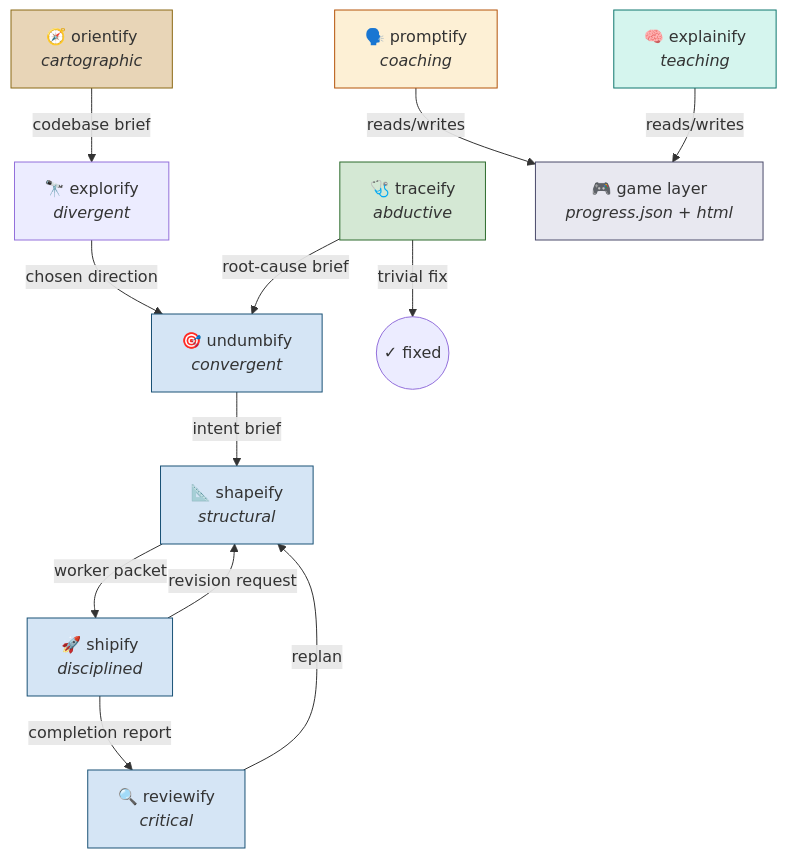
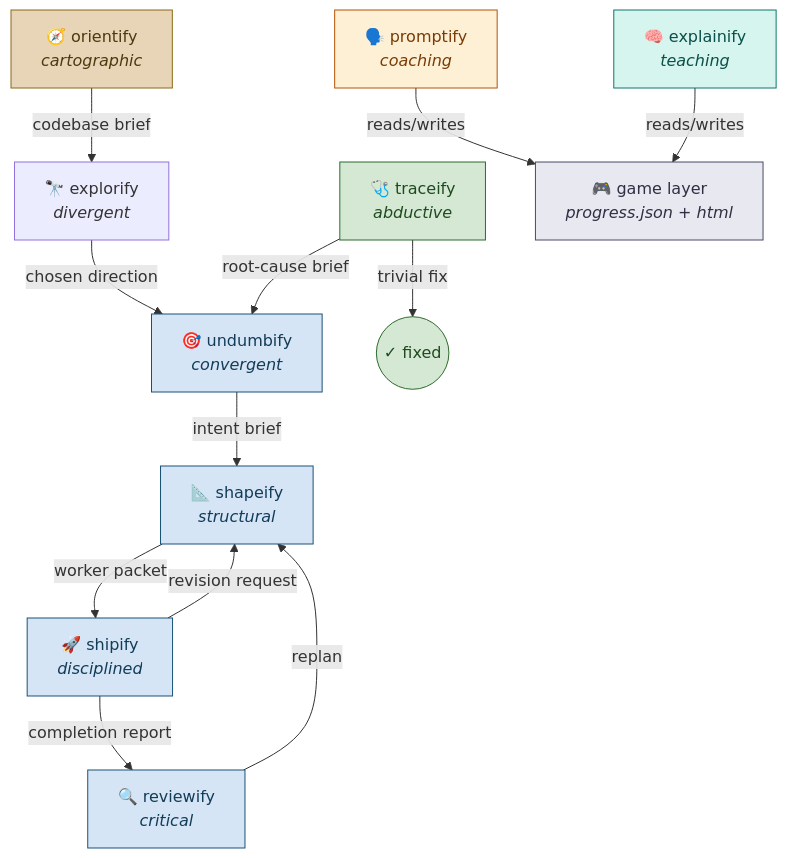
Before and after one commit to trykA123/skillify-core: the diagram in README.md, drawn with Mermaid.

Commit message:
fix(readme): mermaid styling via classDef — GitHub-compatible fills + explicit font colors

````diff
--- a/README.md
+++ b/README.md
@@ -71,38 +71,43 @@
 ```mermaid
 flowchart TD
     orientify["🧭 orientify<br/><i>cartographic</i>"]
     explorify["🔭 explorify<br/><i>divergent</i>"]
     undumbify["🎯 undumbify<br/><i>convergent</i>"]
     shapeify["📐 shapeify<br/><i>structural</i>"]
     shipify["🚀 shipify<br/><i>disciplined</i>"]
     reviewify["🔍 reviewify<br/><i>critical</i>"]
     traceify["🩺 traceify<br/><i>abductive</i>"]
     promptify["🗣️ promptify<br/><i>coaching</i>"]
     explainify["🧠 explainify<br/><i>teaching</i>"]
     game["🎮 game layer<br/><i>progress.json + html</i>"]
 
     orientify -->|codebase brief| explorify
     explorify -->|chosen direction| undumbify
     undumbify -->|intent brief| shapeify
     shapeify -->|worker packet| shipify
     shipify -->|completion report| reviewify
 
     shipify -->|revision request| shapeify
     reviewify -->|replan| shapeify
 
     traceify -->|root-cause brief| undumbify
     traceify -->|trivial fix| traceify_done((✓ fixed))
 
     promptify -->|reads/writes| game
     explainify -->|reads/writes| game
 
-    style orientify fill:#e8d5b7,stroke:#8b6914
-    style traceify fill:#d4e8d4,stroke:#2d6b2d
-    style undumbify fill:#d5e5f5,stroke:#1a5276
-    style shapeify fill:#d5e5f5,stroke:#1a5276
-    style shipify fill:#d5e5f5,stroke:#1a5276
-    style reviewify fill:#d5e5f5,stroke:#1a5276
-    style promptify fill:#fdf0d5,stroke:#b45309
-    style explainify fill:#d5f5ee,stroke:#0f766e
-    style game fill:#e8e8f0,stroke:#4a4a6a
+    classDef sand fill:#e8d5b7,stroke:#8b6914,color:#4a3a10
+    classDef green fill:#d4e8d4,stroke:#2d6b2d,color:#1f4a1f
+    classDef blue fill:#d5e5f5,stroke:#1a5276,color:#123c57
+    classDef amber fill:#fdf0d5,stroke:#b45309,color:#7a3b06
+    classDef teal fill:#d5f5ee,stroke:#0f766e,color:#0a4f4a
+    classDef gray fill:#e8e8f0,stroke:#4a4a6a,color:#2e2e45
+
+    class orientify sand
+    class traceify green
+    class traceify_done green
+    class undumbify,shapeify,shipify,reviewify blue
+    class promptify amber
+    class explainify teal
+    class game gray
 ```
````
